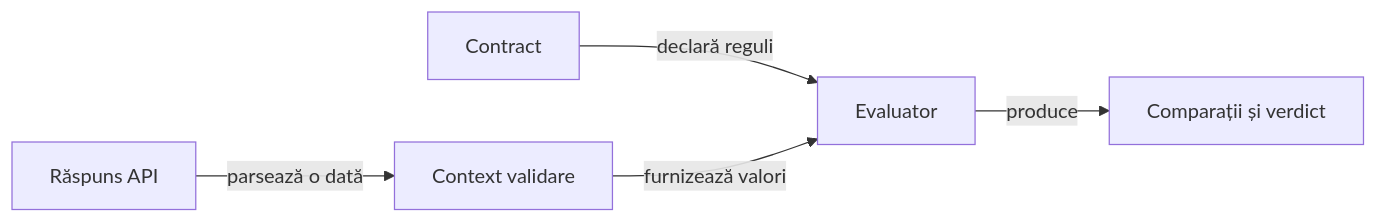
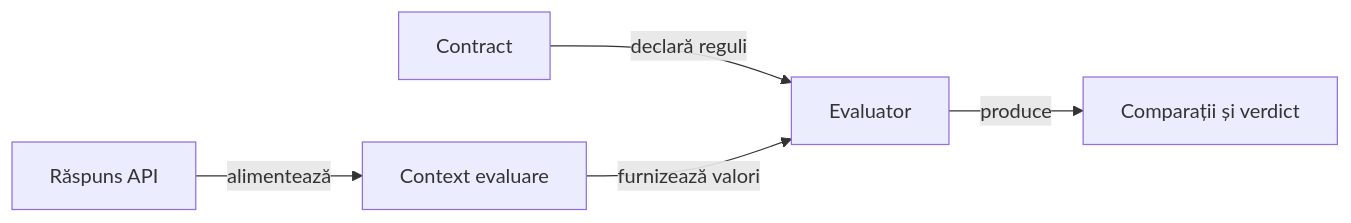
One commit to crististefanita/atf_j4 changed the diagram in atf-validation/README.md. Above: the diagram before and after it, drawn with Mermaid. The commit also changed other lines of this file and 30 other files, not shown here.

````diff
--- a/atf-validation/README.md
+++ b/atf-validation/README.md
@@ -9,7 +11,7 @@
 ```mermaid
 flowchart LR
-BODY[Răspuns API] -->|parsează o dată| CONTEXT[Context validare]
-RULES[Contract] -->|declară reguli| EVAL[Evaluator]
-CONTEXT -->|furnizează valori| EVAL
-EVAL -->|produce| RESULT[Comparații și verdict]
+    BODY[Răspuns API] -->|alimentează| CONTEXT[Context evaluare]
+    RULES[Contract] -->|declară reguli| EVAL[Evaluator]
+    CONTEXT -->|furnizează valori| EVAL
+    EVAL -->|produce| RESULT[Comparații și verdict]
 ```
````
